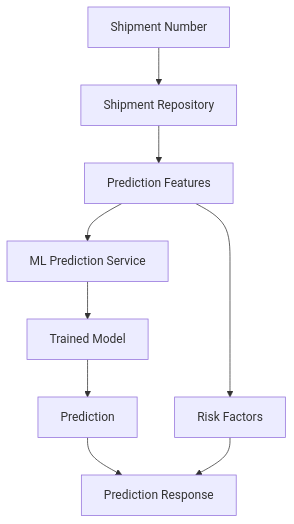
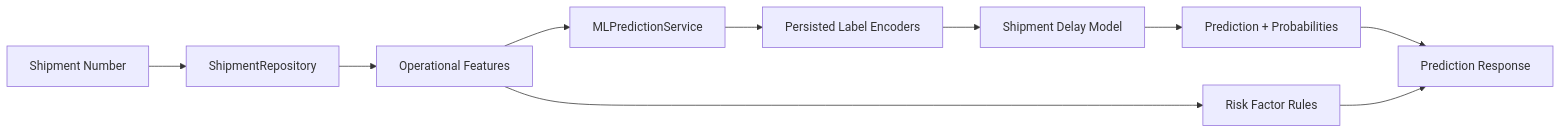
One commit to ankitthakur34/Logistic-Copilot changed the third of 3 diagrams in README.md. Above: the diagram before and after it, drawn with Mermaid. The commit also changed other lines of this file, not shown here.

````diff
--- a/README.md
+++ b/README.md
@@ -81,11 +660,12 @@
-``` mermaid
-flowchart TD
-    A[Shipment Number] --> B[Shipment Repository]
-    B --> C[Prediction Features]
-    C --> D[ML Prediction Service]
-    D --> E[Trained Model]
-    E --> F[Prediction]
-    C --> G[Risk Factors]
-    F --> H[Prediction Response]
-    G --> H
+```mermaid
+flowchart LR
+    Q[Shipment Number] --> R[ShipmentRepository]
+    R --> F[Operational Features]
+    F --> S[MLPredictionService]
+    S --> E[Persisted Label Encoders]
+    E --> M[Shipment Delay Model]
+    M --> P[Prediction + Probabilities]
+    F --> RF[Risk Factor Rules]
+    P --> OUT[Prediction Response]
+    RF --> OUT
 ```
````
